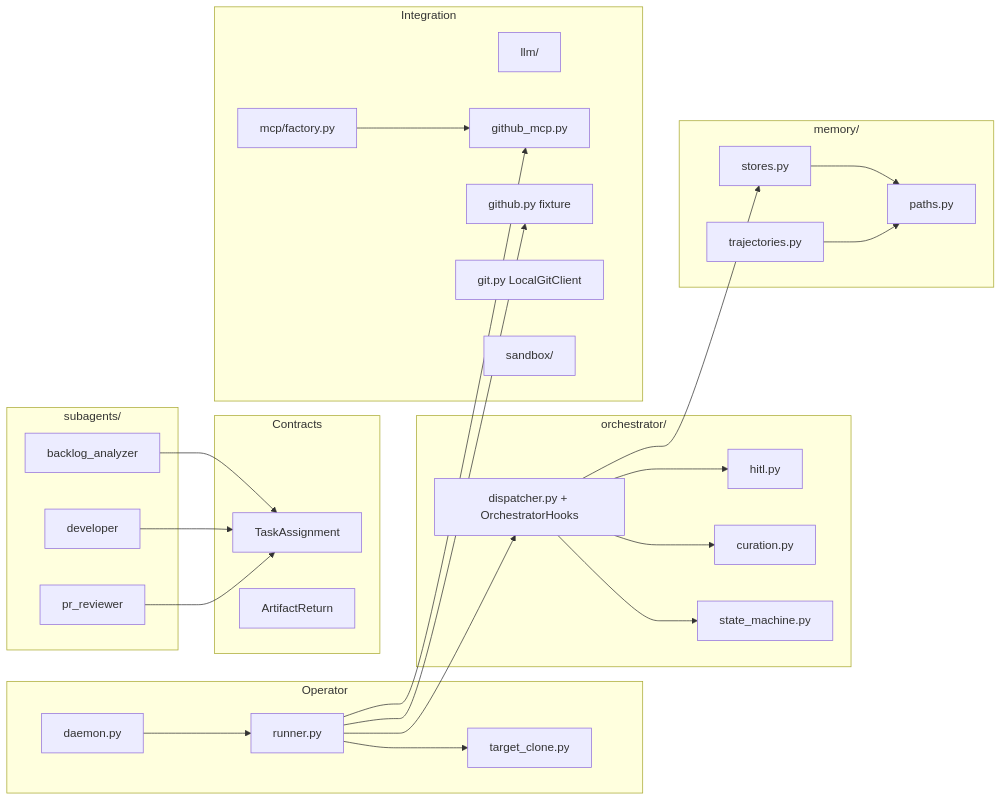
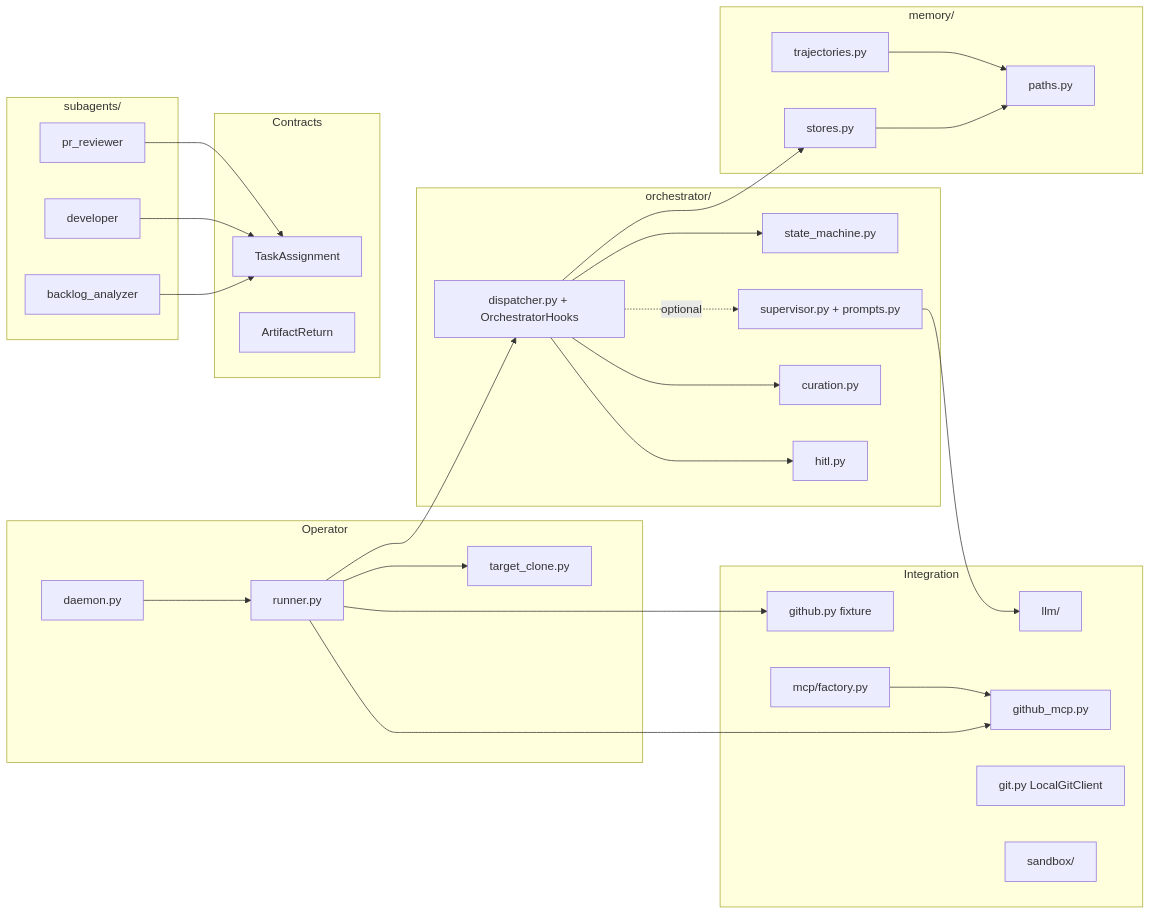
Before and after one commit to madeehrehman/sdlc_agent: the fifth of 11 diagrams in system-design.md, drawn with Mermaid. The commit also changed other lines of this file and 3 other files, not shown here.

````diff
--- a/system-design.md
+++ b/system-design.md
@@ -191,57 +197,60 @@
 ```mermaid
 flowchart LR
   subgraph Operator
     RUN2[runner.py]
     DMN2[daemon.py]
     TC[target_clone.py]
   end
 
   subgraph Contracts
     TA[TaskAssignment]
     AR[ArtifactReturn]
   end
 
   subgraph Orchestrator_pkg["orchestrator/"]
     SM[state_machine.py]
     DP[dispatcher.py + OrchestratorHooks]
+    SUP2[supervisor.py + prompts.py]
     CU[curation.py]
     HI[hitl.py]
   end
 
   subgraph Memory_pkg["memory/"]
     PTH[paths.py]
     STO[stores.py]
     TRK[trajectories.py]
   end
 
   subgraph Integration
     LLM[llm/]
     GHF[github.py fixture]
     GHM[github_mcp.py]
     FAC[mcp/factory.py]
     GIT2[git.py LocalGitClient]
     SBX2[sandbox/]
   end
 
   subgraph Workers["subagents/"]
     BA2[backlog_analyzer]
     DV2[developer]
     PR2[pr_reviewer]
   end
 
   RUN2 --> TC
   DMN2 --> RUN2
   RUN2 --> DP
   RUN2 --> GHF
   RUN2 --> GHM
   FAC --> GHM
   DP --> SM
+  DP -. optional .-> SUP2
+  SUP2 --> LLM
   DP --> CU
   DP --> HI
   DP --> STO
   BA2 --> TA
   DV2 --> TA
   PR2 --> TA
   STO --> PTH
   TRK --> PTH
 ```
````
